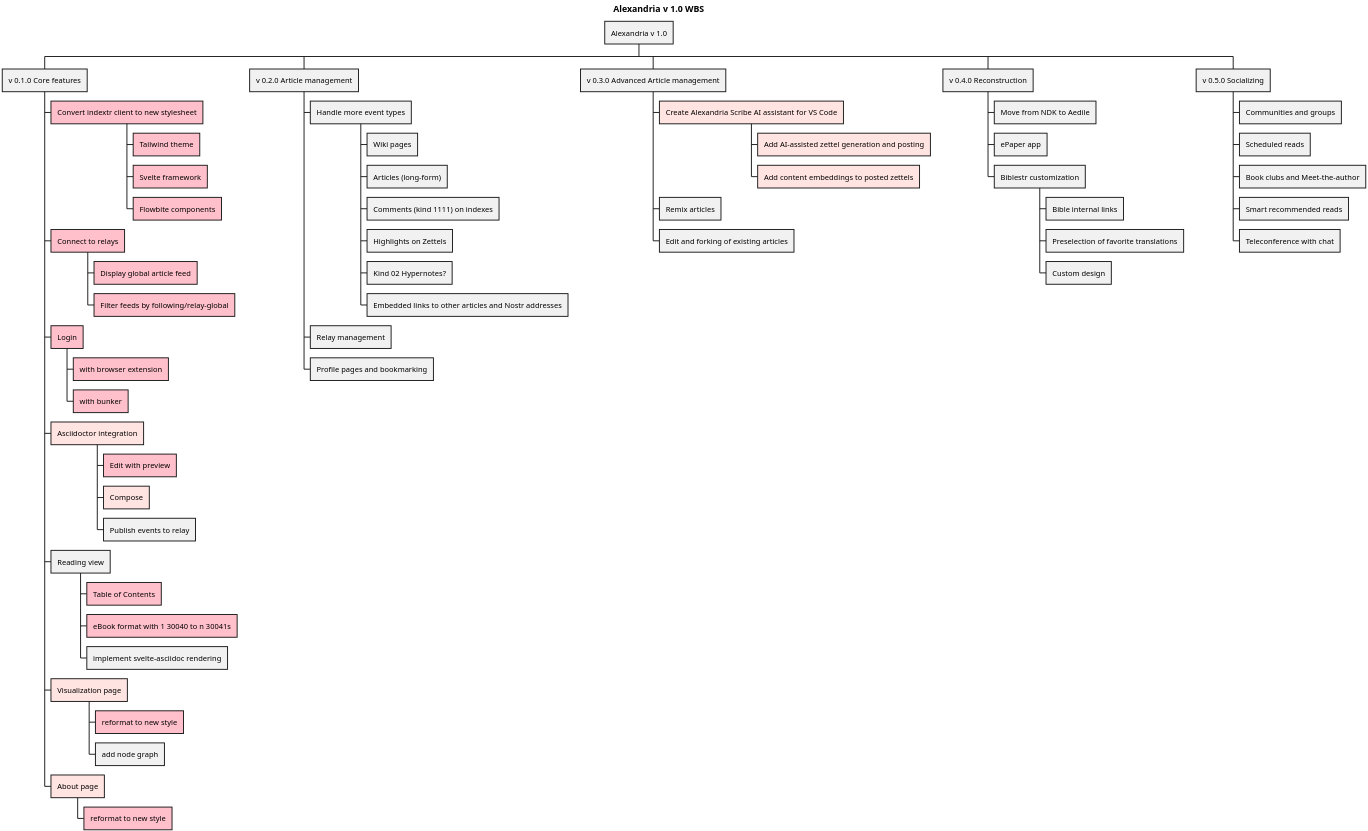
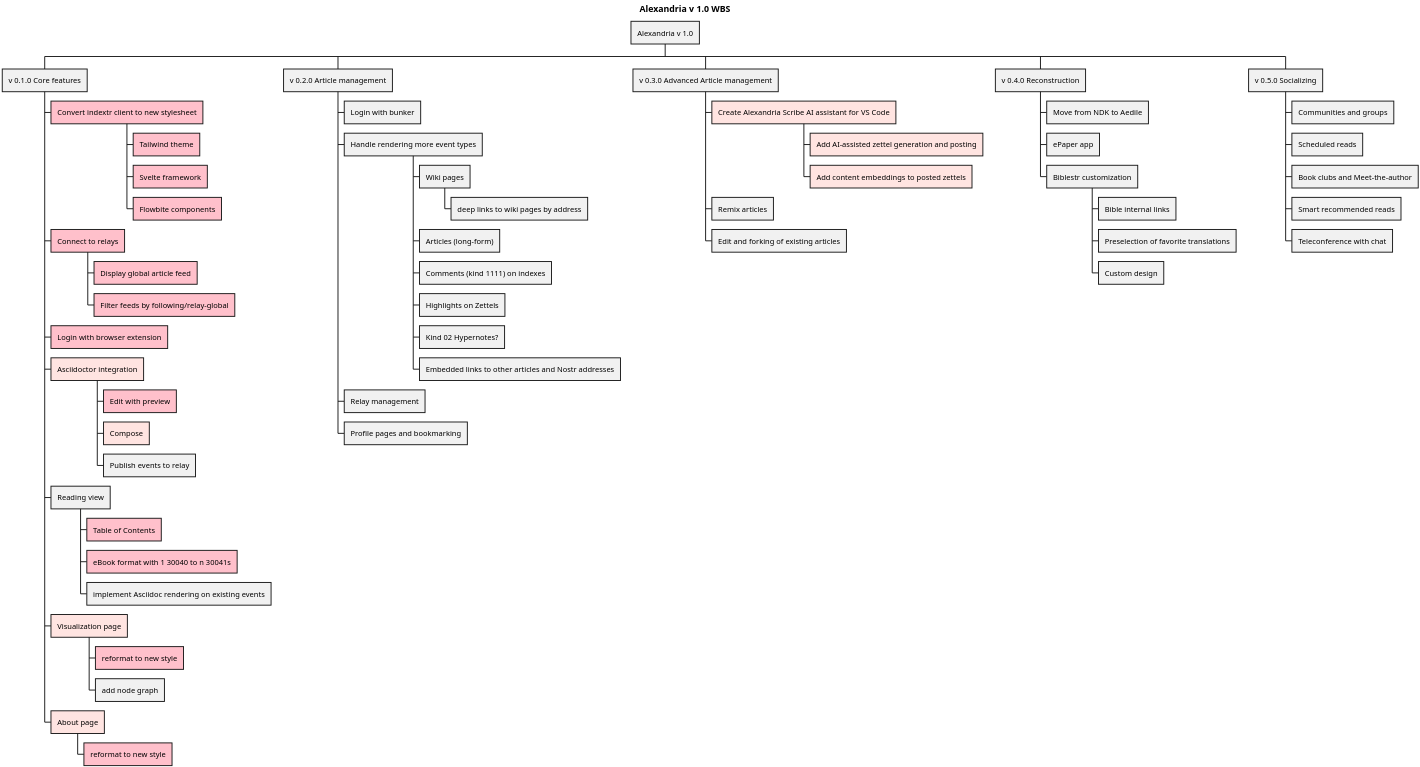
Before and after one commit to ShadowySupercode/gitcitadel: the diagram in plantUML/Alexandria/Alexandria_v1.0_WBS.puml, drawn with PlantUML. The commit also changed 1 other file, not shown here.

```diff
--- a/plantUML/Alexandria/Alexandria_v1.0_WBS.puml
+++ b/plantUML/Alexandria/Alexandria_v1.0_WBS.puml
@@ -1,72 +1,72 @@
 @startwbs Alexandria_v1.0_WBS
 
 <style>
 wbsDiagram {
   .pink {
       BackgroundColor pink
   }
     .lightpink {
       BackgroundColor MistyRose
   }
 }
 </style>
 
 skinparam dpi 300
 title Alexandria v 1.0 WBS
 
 * Alexandria v 1.0
 ** v 0.1.0 Core features
 *** Convert indextr client to new stylesheet <<pink>>
 **** Tailwind theme <<pink>>
 **** Svelte framework <<pink>>
 **** Flowbite components <<pink>>
 *** Connect to relays <<pink>>
 **** Display global article feed <<pink>>
 **** Filter feeds by following/relay-global <<pink>>
-*** Login <<pink>>
-**** with browser extension <<pink>>
-**** with bunker <<pink>>
+*** Login with browser extension <<pink>>
 *** Asciidoctor integration <<lightpink>>
 **** Edit with preview <<pink>>
 **** Compose <<lightpink>>
 **** Publish events to relay
 *** Reading view
 **** Table of Contents <<pink>>
 **** eBook format with 1 30040 to n 30041s <<pink>>
-**** implement svelte-asciidoc rendering
+**** implement Asciidoc rendering on existing events
 *** Visualization page <<lightpink>>
 **** reformat to new style <<pink>>
 **** add node graph
 *** About page <<lightpink>>
 **** reformat to new style <<pink>>
 ** v 0.2.0 Article management
-*** Handle more event types
+*** Login with bunker
+*** Handle rendering more event types
 **** Wiki pages
+***** deep links to wiki pages by address
 **** Articles (long-form)
 **** Comments (kind 1111) on indexes
 **** Highlights on Zettels
 **** Kind 02 Hypernotes?
 **** Embedded links to other articles and Nostr addresses
 *** Relay management
 *** Profile pages and bookmarking
 ** v 0.3.0 Advanced Article management
 *** Create Alexandria Scribe AI assistant for VS Code <<lightpink>>
 **** Add AI-assisted zettel generation and posting <<lightpink>>
 **** Add content embeddings to posted zettels <<lightpink>>
 *** Remix articles
 *** Edit and forking of existing articles
 ** v 0.4.0 Reconstruction
 *** Move from NDK to Aedile
 *** ePaper app
 *** Biblestr customization
 **** Bible internal links
 **** Preselection of favorite translations
 **** Custom design
 ** v 0.5.0 Socializing
 *** Communities and groups
 *** Scheduled reads
 *** Book clubs and Meet-the-author
 *** Smart recommended reads
 *** Teleconference with chat
 
 @endwbs
```
